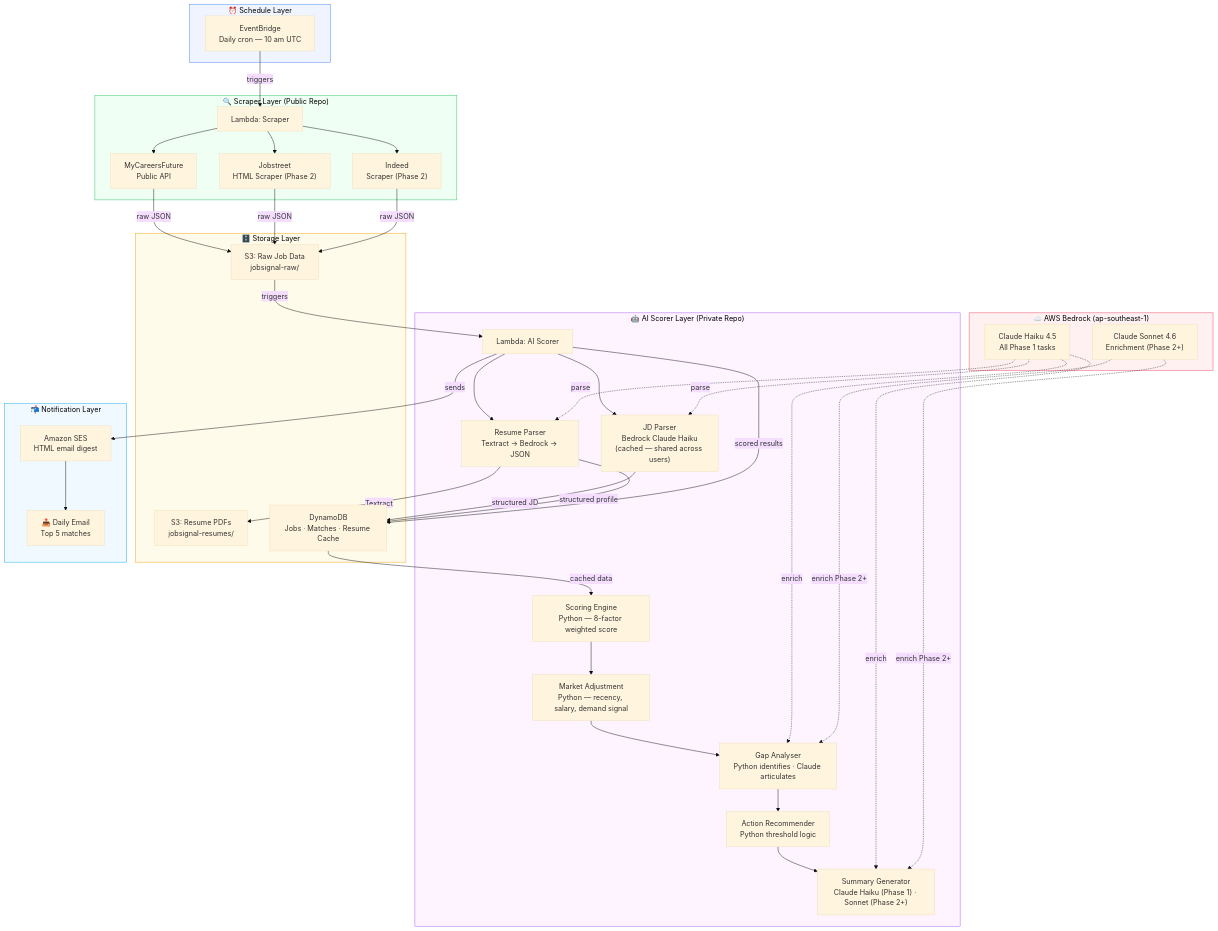
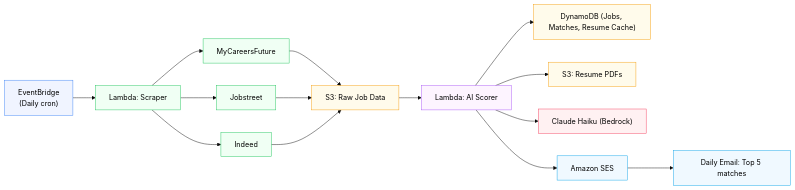
Before and after one commit to junhan87/job-signal-core: the diagram in README.md, drawn with Mermaid (base theme). The commit also changed other lines of this file, not shown here.

````diff
--- a/README.md
+++ b/README.md
@@ -15,64 +30,26 @@
 ```mermaid
-flowchart TD
-    subgraph Trigger["⏰ Schedule Layer"]
-        EB["EventBridge<br>Daily cron — 10 am UTC"]
-    end
-
-    subgraph Scraper["🔍 Scraper Layer (Public Repo)"]
-        LS["Lambda: Scraper"]
-        MCF["MyCareersFuture<br>Public API"]
-        JS["Jobstreet<br>HTML Scraper (Phase 2)"]
-        IN["Indeed<br>Scraper (Phase 2)"]
-    end
-
-    subgraph Storage["🗄️ Storage Layer"]
-        S3R["S3: Raw Job Data<br>jobsignal-raw/"]
-        S3P["S3: Resume PDFs<br>jobsignal-resumes/"]
-        DDB["DynamoDB<br>Jobs · Matches · Resume Cache"]
-    end
-
-    subgraph Scorer["🤖 AI Scorer Layer (Private Repo)"]
-        LA["Lambda: AI Scorer"]
-        RP["Resume Parser<br>Textract → Bedrock → JSON"]
-        JP["JD Parser<br>Bedrock Claude Haiku<br>(cached — shared across users)"]
-        SE["Scoring Engine<br>Python — 8-factor weighted score"]
-        MA["Market Adjustment<br>Python — recency, salary, demand signal"]
-        GA["Gap Analyser<br>Python identifies · Claude articulates"]
-        AR["Action Recommender<br>Python threshold logic"]
-        SG["Summary Generator<br>Claude Haiku (Phase 1) · Sonnet (Phase 2+)"]
-    end
-
-    subgraph LLM["☁️ AWS Bedrock (ap-southeast-1)"]
-        CH["Claude Haiku 4.5<br>All Phase 1 tasks"]
-        CS["Claude Sonnet 4.6<br>Enrichment (Phase 2+)"]
-    end
-
-    subgraph Notify["📬 Notification Layer"]
-        SES["Amazon SES<br>HTML email digest"]
-        USER["📥 Daily Email<br>Top 5 matches"]
-    end
-
-    EB -->|triggers| LS
-    LS --> MCF & JS & IN
-    MCF & JS & IN -->|raw JSON| S3R
-    S3R -->|triggers| LA
-    LA --> RP & JP
-    RP -->|Textract| S3P
-    JP -->|structured JD| DDB
-    RP -->|structured profile| DDB
-    DDB -->|cached data| SE
-    SE --> MA --> GA --> AR --> SG
-    LA -->|scored results| DDB
-    CH -.->|parse| JP & RP
-    CH -.->|enrich| GA & SG
-    CS -.->|enrich Phase 2+| GA & SG
-    LA -->|sends| SES
-    SES --> USER
-
-    style Trigger fill:#f0f4ff,stroke:#3b82f6,color:#000000
-    style Scraper fill:#f0fff4,stroke:#22c55e,color:#000000
-    style Storage fill:#fffbeb,stroke:#f59e0b,color:#000000
-    style Scorer fill:#fdf4ff,stroke:#a855f7,color:#000000
-    style LLM fill:#fff1f2,stroke:#f43f5e,color:#000000
-    style Notify fill:#f0f9ff,stroke:#0ea5e9,color:#000000
+flowchart LR
+    EB["EventBridge<br>(Daily cron)"] --> LS["Lambda: Scraper"]
+    LS --> MCF["MyCareersFuture"]
+    LS --> JS["Jobstreet"]
+    LS --> IN["Indeed"]
+    MCF & JS & IN --> S3R["S3: Raw Job Data"]
+    S3R --> LA["Lambda: AI Scorer"]
+    LA --> DDB["DynamoDB (Jobs, Matches, Resume Cache)"]
+    LA --> S3P["S3: Resume PDFs"]
+    LA --> CH["Claude Haiku (Bedrock)"]
+    LA --> SES["Amazon SES"]
+    SES --> USER["Daily Email: Top 5 matches"]
+    style EB fill:#f0f4ff,stroke:#3b82f6,color:#000000
+    style LS fill:#f0fff4,stroke:#22c55e,color:#000000
+    style MCF fill:#f0fff4,stroke:#22c55e,color:#000000
+    style JS fill:#f0fff4,stroke:#22c55e,color:#000000
+    style IN fill:#f0fff4,stroke:#22c55e,color:#000000
+    style S3R fill:#fffbeb,stroke:#f59e0b,color:#000000
+    style LA fill:#fdf4ff,stroke:#a855f7,color:#000000
+    style DDB fill:#fffbeb,stroke:#f59e0b,color:#000000
+    style S3P fill:#fffbeb,stroke:#f59e0b,color:#000000
+    style CH fill:#fff1f2,stroke:#f43f5e,color:#000000
+    style SES fill:#f0f9ff,stroke:#0ea5e9,color:#000000
+    style USER fill:#f0f9ff,stroke:#0ea5e9,color:#000000
 ```
````
